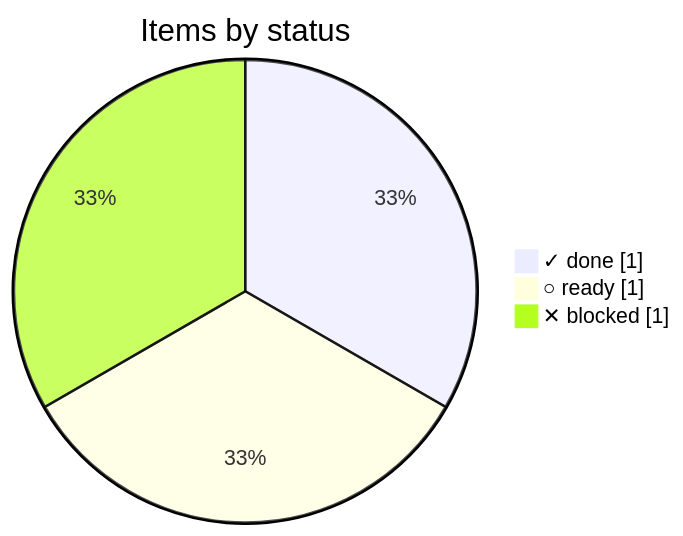
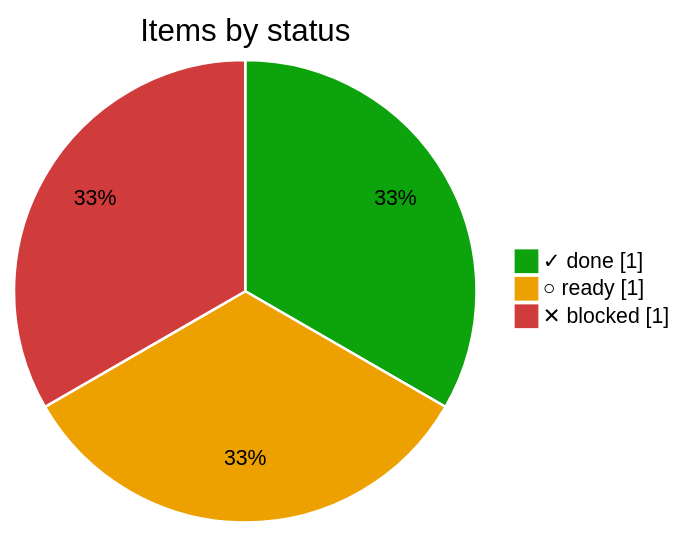
The diagram in docs/ci.md (bvraghav/pmtrack), drawn with Mermaid before and after one commit. The commit also changed 7 other files, not shown here.

````diff
--- a/docs/ci.md
+++ b/docs/ci.md
@@ -19,6 +19,7 @@
 ```mermaid
+%%{init: {"themeVariables": {"pie1": "#0ca30c", "pie2": "#eda100", "pie3": "#d03b3b", "pieOpacity": "1", "pieSectionTextColor": "#000", "pieStrokeColor": "#fff", "pieStrokeWidth": "2px", "pieOuterStrokeWidth": "0px"}}}%%
 pie showData title Items by status
   "✓ done" : 1
   "○ ready" : 1
   "✕ blocked" : 1
 ```
````
